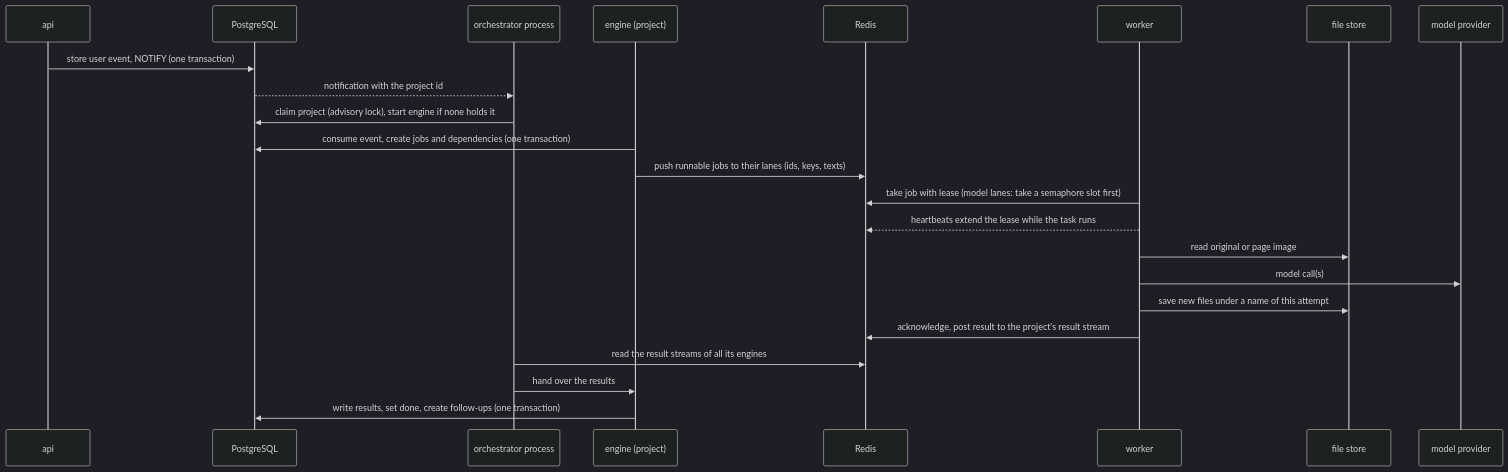
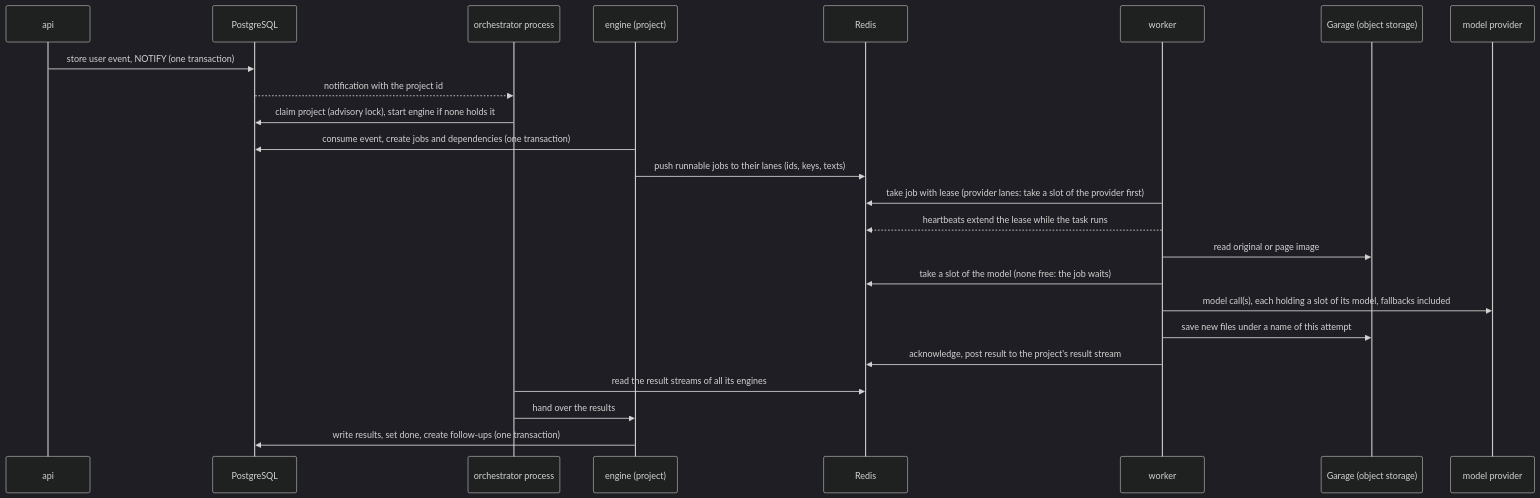
One commit to thomaselmer/sibp-infos changed the fourth of 6 diagrams in docs/Architecture.md. Above: the diagram before and after it, drawn with Mermaid (dark theme). The commit also changed other lines of this file and 1 other file, not shown here.

First line of the commit message:
Architecture v36: current picture and diagrams brought up to date

````diff
--- a/docs/Architecture.md
+++ b/docs/Architecture.md
@@ -282,25 +284,26 @@
 ```mermaid
 sequenceDiagram
   participant API as api
   participant DB as PostgreSQL
   participant ORC as orchestrator process
   participant ENG as engine (project)
   participant R as Redis
   participant W as worker
-  participant FS as file store
+  participant FS as Garage (object storage)
   participant M as model provider
   API->>DB: store user event, NOTIFY (one transaction)
   DB-->>ORC: notification with the project id
   ORC->>DB: claim project (advisory lock), start engine if none holds it
   ENG->>DB: consume event, create jobs and dependencies (one transaction)
   ENG->>R: push runnable jobs to their lanes (ids, keys, texts)
-  W->>R: take job with lease (model lanes: take a semaphore slot first)
+  W->>R: take job with lease (provider lanes: take a slot of the provider first)
   W-->>R: heartbeats extend the lease while the task runs
   W->>FS: read original or page image
-  W->>M: model call(s)
+  W->>R: take a slot of the model (none free: the job waits)
+  W->>M: model call(s), each holding a slot of its model, fallbacks included
   W->>FS: save new files under a name of this attempt
   W->>R: acknowledge, post result to the project's result stream
   ORC->>R: read the result streams of all its engines
   ORC->>ENG: hand over the results
   ENG->>DB: write results, set done, create follow-ups (one transaction)
 ```
````
